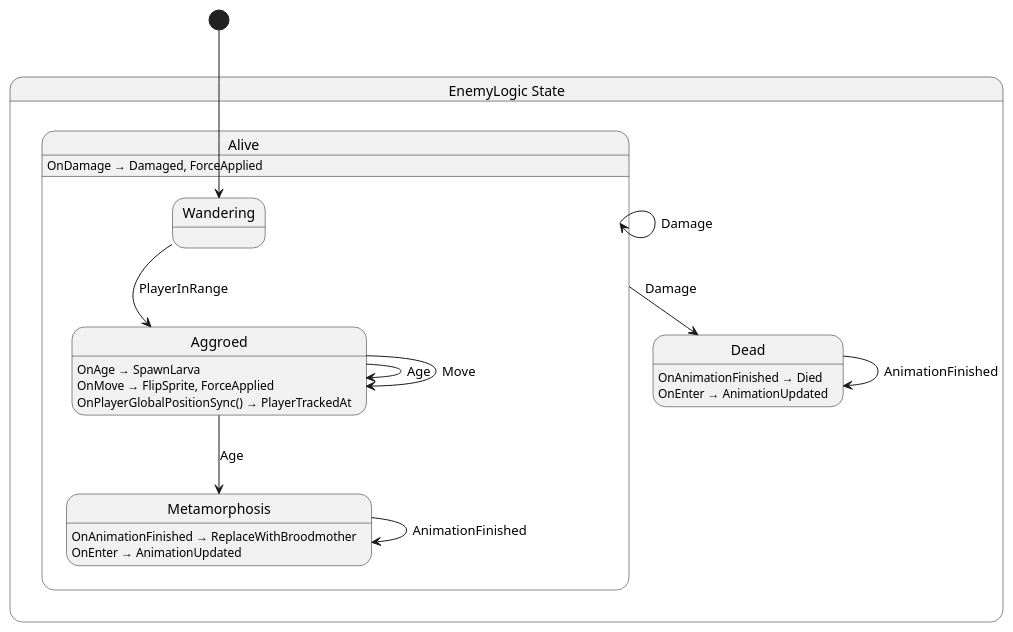
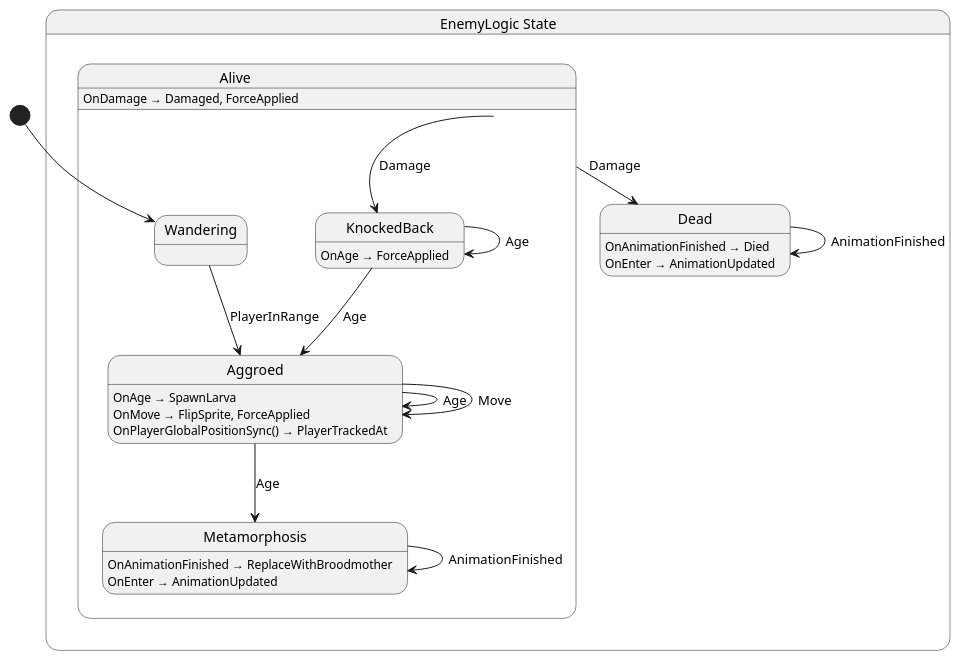
Before and after one commit to nilsiker/godot-wild-jam-77: the diagram in src/enemy/state/EnemyLogic.g.puml, drawn with PlantUML. The commit also changed 18 other files, not shown here.

```diff
--- a/src/enemy/state/EnemyLogic.g.puml
+++ b/src/enemy/state/EnemyLogic.g.puml
@@ -1,30 +1,34 @@
 @startuml EnemyLogic
 state "EnemyLogic State" as Nevergreen_EnemyLogic_State {
   state "Alive" as Nevergreen_EnemyLogic_State_Alive {
     state "Aggroed" as Nevergreen_EnemyLogic_State_Alive_Aggroed
+    state "KnockedBack" as Nevergreen_EnemyLogic_State_Alive_KnockedBack
     state "Metamorphosis" as Nevergreen_EnemyLogic_State_Alive_Metamorphosis
     state "Wandering" as Nevergreen_EnemyLogic_State_Alive_Wandering
   }
   state "Dead" as Nevergreen_EnemyLogic_State_Dead
 }
 
-Nevergreen_EnemyLogic_State_Alive --> Nevergreen_EnemyLogic_State_Alive : Damage
+Nevergreen_EnemyLogic_State_Alive --> Nevergreen_EnemyLogic_State_Alive_KnockedBack : Damage
 Nevergreen_EnemyLogic_State_Alive --> Nevergreen_EnemyLogic_State_Dead : Damage
 Nevergreen_EnemyLogic_State_Alive_Aggroed --> Nevergreen_EnemyLogic_State_Alive_Aggroed : Age
 Nevergreen_EnemyLogic_State_Alive_Aggroed --> Nevergreen_EnemyLogic_State_Alive_Aggroed : Move
 Nevergreen_EnemyLogic_State_Alive_Aggroed --> Nevergreen_EnemyLogic_State_Alive_Metamorphosis : Age
+Nevergreen_EnemyLogic_State_Alive_KnockedBack --> Nevergreen_EnemyLogic_State_Alive_Aggroed : Age
+Nevergreen_EnemyLogic_State_Alive_KnockedBack --> Nevergreen_EnemyLogic_State_Alive_KnockedBack : Age
 Nevergreen_EnemyLogic_State_Alive_Metamorphosis --> Nevergreen_EnemyLogic_State_Alive_Metamorphosis : AnimationFinished
 Nevergreen_EnemyLogic_State_Alive_Wandering --> Nevergreen_EnemyLogic_State_Alive_Aggroed : PlayerInRange
 Nevergreen_EnemyLogic_State_Dead --> Nevergreen_EnemyLogic_State_Dead : AnimationFinished
 
 Nevergreen_EnemyLogic_State_Alive : OnDamage → Damaged, ForceApplied
 Nevergreen_EnemyLogic_State_Alive_Aggroed : OnAge → SpawnLarva
 Nevergreen_EnemyLogic_State_Alive_Aggroed : OnMove → FlipSprite, ForceApplied
 Nevergreen_EnemyLogic_State_Alive_Aggroed : OnPlayerGlobalPositionSync() → PlayerTrackedAt
+Nevergreen_EnemyLogic_State_Alive_KnockedBack : OnAge → ForceApplied
 Nevergreen_EnemyLogic_State_Alive_Metamorphosis : OnAnimationFinished → ReplaceWithBroodmother
 Nevergreen_EnemyLogic_State_Alive_Metamorphosis : OnEnter → AnimationUpdated
 Nevergreen_EnemyLogic_State_Dead : OnAnimationFinished → Died
 Nevergreen_EnemyLogic_State_Dead : OnEnter → AnimationUpdated
 
 [*] --> Nevergreen_EnemyLogic_State_Alive_Wandering
 @enduml
```
